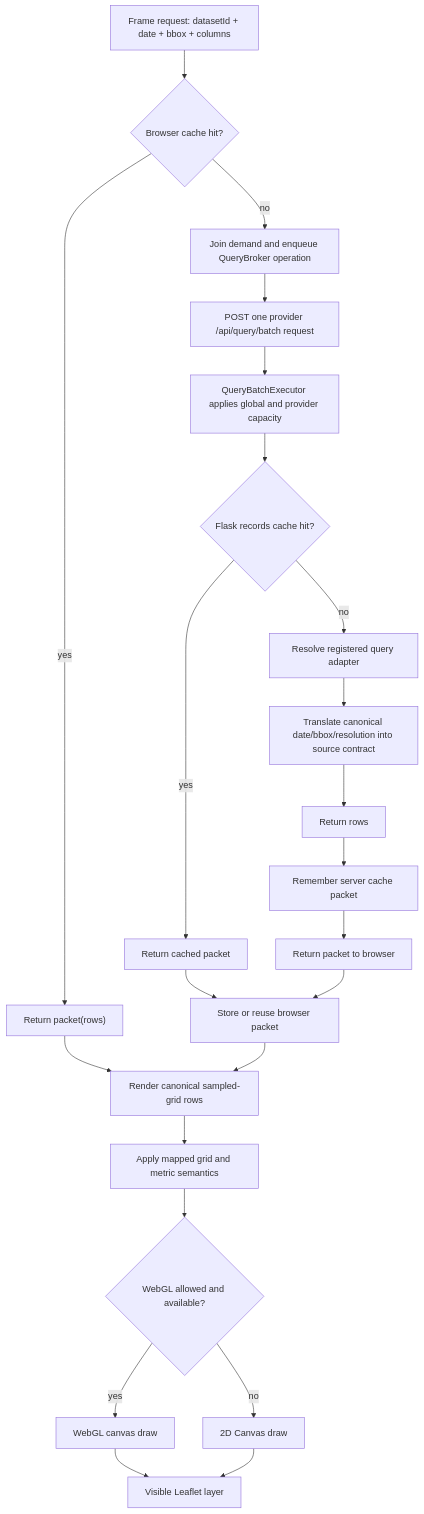
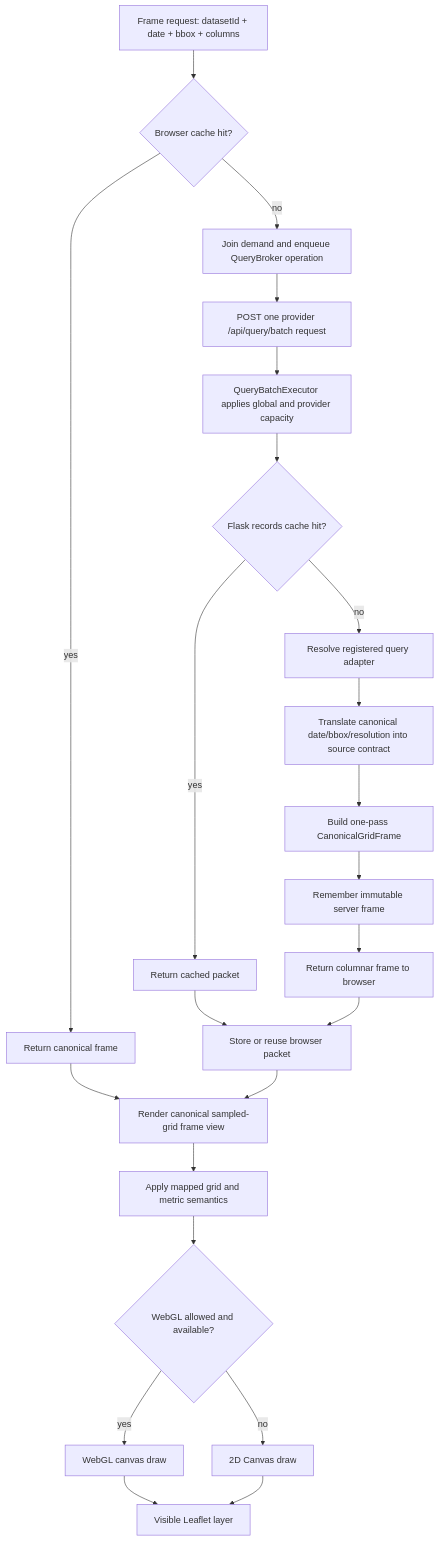
The fourth of 5 diagrams in README.md (Kagamihara-Ruruka/gfw-flask-mysql-adapter), drawn with Mermaid before and after one commit. The commit also changed other lines of this file and 41 other files, not shown here.

Commit message:
Converge sampled-grid canonical frame pipeline

````diff
--- a/README.md
+++ b/README.md
@@ -412,29 +416,29 @@
 ```mermaid
 flowchart TD
   A["Frame request: datasetId + date + bbox + columns"] --> B{"Browser cache hit?"}
-  B -->|yes| C["Return packet(rows)"]
+  B -->|yes| C["Return canonical frame"]
   B -->|no| D["Join demand and enqueue QueryBroker operation"]
 
   D --> E["POST one provider /api/query/batch request"]
   E --> F0["QueryBatchExecutor applies global and provider capacity"]
   F0 --> F1{"Flask records cache hit?"}
   F1 -->|yes| F["Return cached packet"]
   F1 -->|no| G["Resolve registered query adapter"]
 
   G --> H["Translate canonical date/bbox/resolution into source contract"]
-  H --> I["Return rows"]
-  I --> J["Remember server cache packet"]
-  J --> K["Return packet to browser"]
+  H --> I["Build one-pass CanonicalGridFrame"]
+  I --> J["Remember immutable server frame"]
+  J --> K["Return columnar frame to browser"]
 
   F --> L["Store or reuse browser packet"]
   K --> L
-  C --> M["Render canonical sampled-grid rows"]
+  C --> M["Render canonical sampled-grid frame view"]
   L --> M
 
   M --> N["Apply mapped grid and metric semantics"]
   N --> O{"WebGL allowed and available?"}
   O -->|yes| P["WebGL canvas draw"]
   O -->|no| Q["2D Canvas draw"]
   P --> R["Visible Leaflet layer"]
   Q --> R
 ```
````
